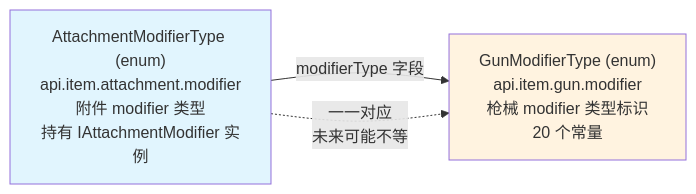
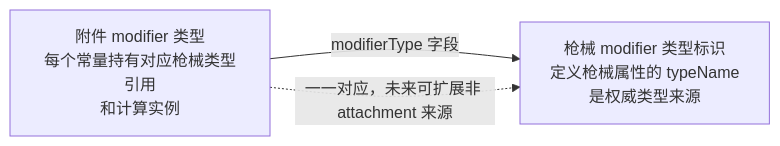
Before and after one commit to XColorful/Custom-Gun-Continued: the first of 2 diagrams in docs/architecture/core/entity/shooter/modifier/modifier-type.md, drawn with Mermaid. The commit also changed other lines of this file and 11 other files, not shown here.

````diff
--- a/docs/architecture/core/entity/shooter/modifier/modifier-type.md
+++ b/docs/architecture/core/entity/shooter/modifier/modifier-type.md
@@ -9,11 +9,8 @@
 ```mermaid
-graph LR
-    GMT["GunModifierType (enum)<br/>api.item.gun.modifier<br/>枪械 modifier 类型标识<br/>20 个常量"]
-    AMT["AttachmentModifierType (enum)<br/>api.item.attachment.modifier<br/>附件 modifier 类型<br/>持有 IAttachmentModifier 实例"]
-    
+flowchart LR
+    GMT["枪械 modifier 类型标识<br/>定义枪械属性的 typeName<br/>是权威类型来源"]
+    AMT["附件 modifier 类型<br/>每个常量持有对应枪械类型引用<br/>和计算实例"]
+
     AMT -->|"modifierType 字段"| GMT
-    AMT -.->|"一一对应<br/>未来可能不等"| GMT
-
-    style GMT fill:#fff3e0
-    style AMT fill:#e1f5fe
+    AMT -.->|"一一对应，未来可扩展非 attachment 来源"| GMT
 ```
````
